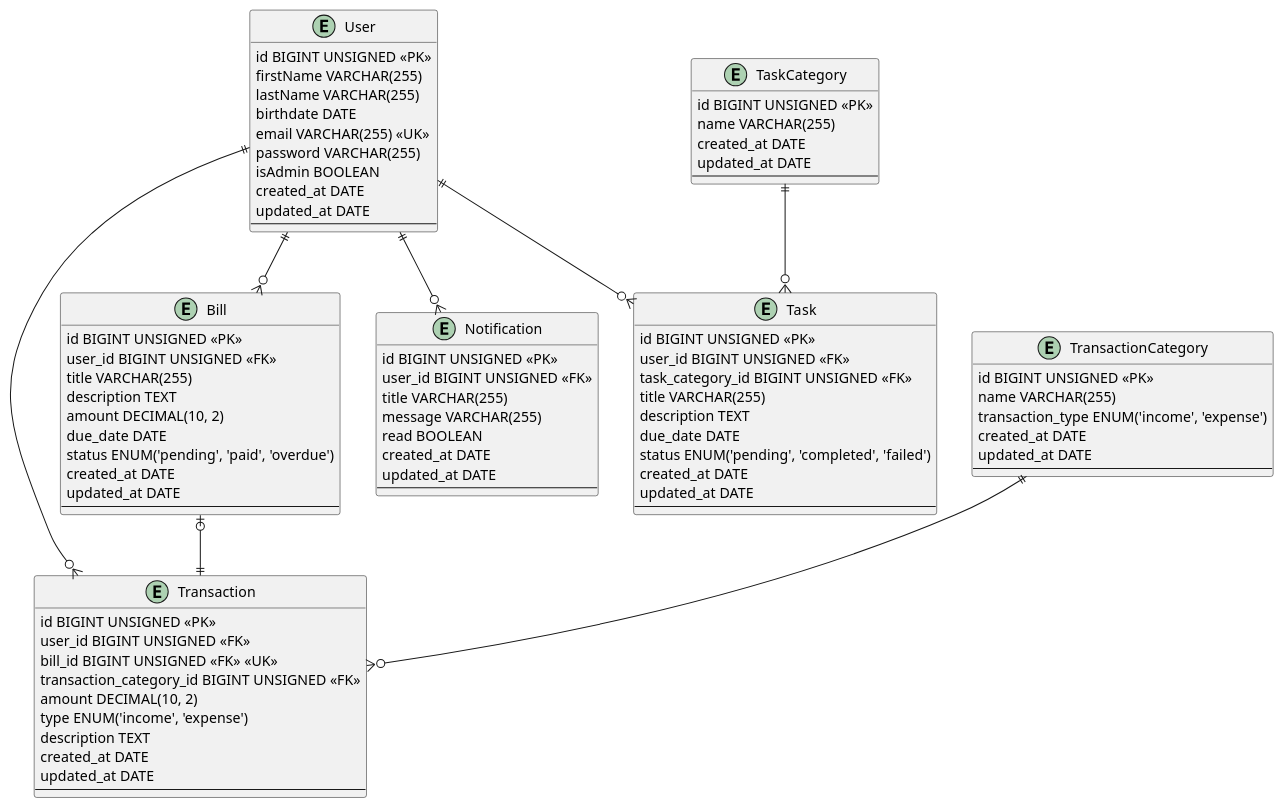
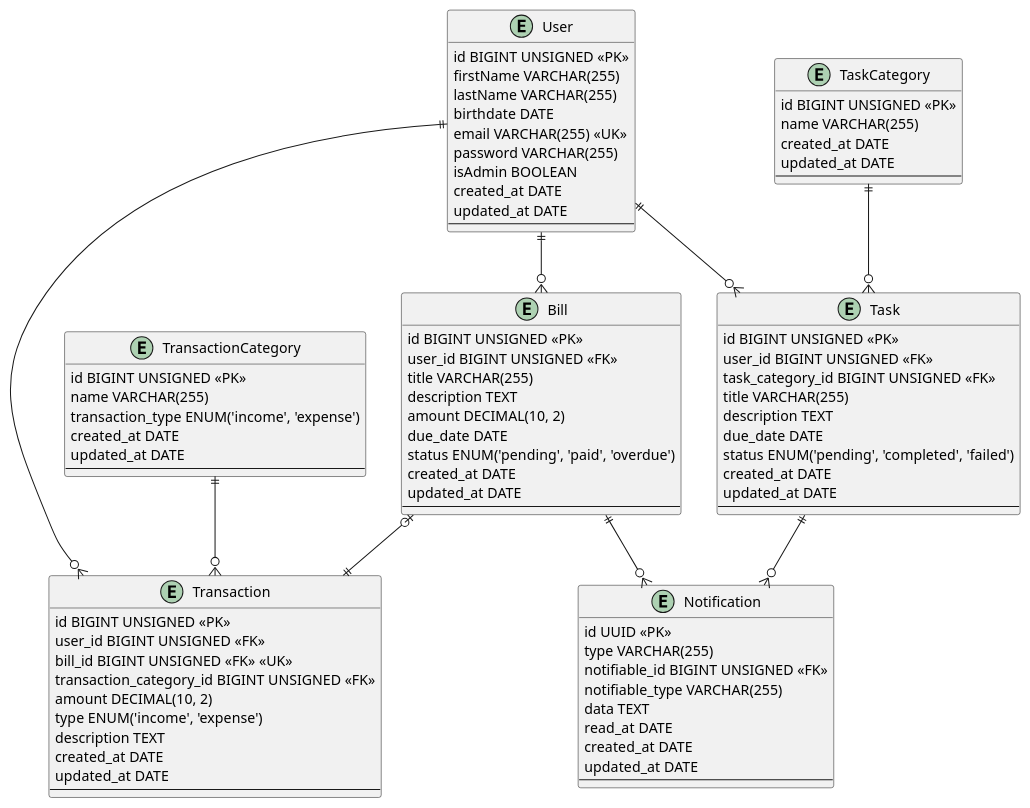
The diagram in database/design/erd.plantuml (augusto-dmh/your-guardian), drawn with PlantUML before and after one commit. The commit also changed 6 other files, not shown here.

```diff
--- a/database/design/erd.plantuml
+++ b/database/design/erd.plantuml
@@ -1,92 +1,94 @@
 @startuml erd
 
 entity User {
     id BIGINT UNSIGNED <<PK>>
     firstName VARCHAR(255)
     lastName VARCHAR(255)
     birthdate DATE
     email VARCHAR(255) <<UK>>
     password VARCHAR(255)
     isAdmin BOOLEAN
     created_at DATE
     updated_at DATE
     --
 }
 
 entity Transaction {
     id BIGINT UNSIGNED <<PK>>
     user_id BIGINT UNSIGNED <<FK>>
     bill_id BIGINT UNSIGNED <<FK>> <<UK>>
     transaction_category_id BIGINT UNSIGNED <<FK>>
     amount DECIMAL(10, 2)
     type ENUM('income', 'expense')
     description TEXT
     created_at DATE
     updated_at DATE
     --
 }
 
 entity Bill {
     id BIGINT UNSIGNED <<PK>>
     user_id BIGINT UNSIGNED <<FK>>
     title VARCHAR(255)
     description TEXT
     amount DECIMAL(10, 2)
     due_date DATE
     status ENUM('pending', 'paid', 'overdue')
     created_at DATE
     updated_at DATE
     --
 }
 
 entity Notification {
-    id BIGINT UNSIGNED <<PK>>
-    user_id BIGINT UNSIGNED <<FK>>
-    title VARCHAR(255)
-    message VARCHAR(255)
-    read BOOLEAN
+    id UUID <<PK>>
+    type VARCHAR(255)
+    notifiable_id BIGINT UNSIGNED <<FK>>
+    notifiable_type VARCHAR(255)
+    data TEXT
+    read_at DATE
     created_at DATE
     updated_at DATE
     --
 }
 
 entity Task {
     id BIGINT UNSIGNED <<PK>>
     user_id BIGINT UNSIGNED <<FK>>
     task_category_id BIGINT UNSIGNED <<FK>>
     title VARCHAR(255)
     description TEXT
     due_date DATE
     status ENUM('pending', 'completed', 'failed')
     created_at DATE
     updated_at DATE
     --
 }
 
 entity TransactionCategory {
     id BIGINT UNSIGNED <<PK>>
     name VARCHAR(255)
     transaction_type ENUM('income', 'expense')
     created_at DATE
     updated_at DATE
     --
 }
 
 entity TaskCategory {
     id BIGINT UNSIGNED <<PK>>
     name VARCHAR(255)
     created_at DATE
     updated_at DATE
     --
 }
 
 
 User ||--o{ Transaction
 User ||--o{ Bill
-User ||--o{ Notification
+Bill ||--o{ Notification
+Task ||--o{ Notification
 User ||--o{ Task
 TaskCategory ||--o{ Task
 TransactionCategory ||--o{ Transaction
 Bill |o--|| Transaction
 
 @enduml
```
